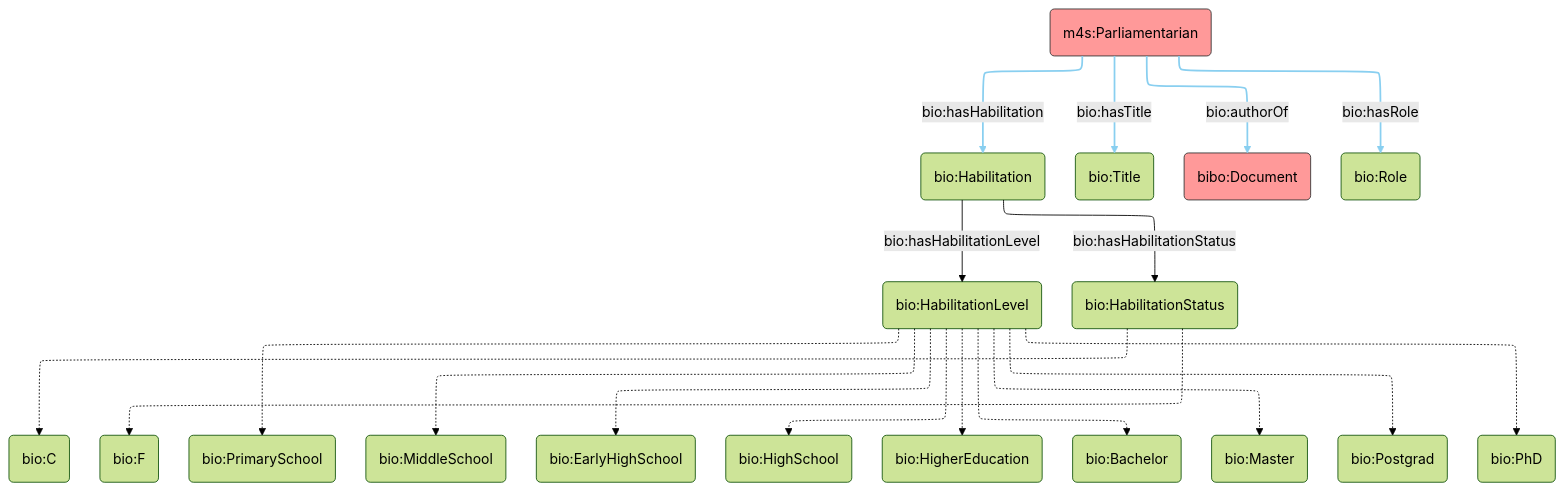
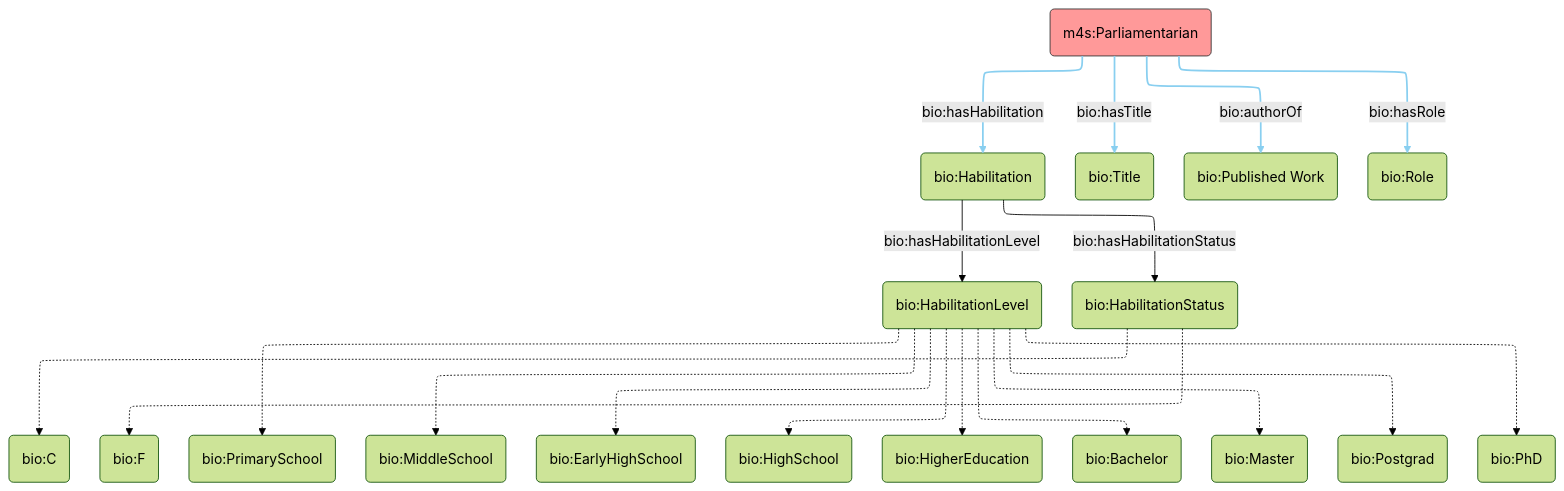
The diagram in POLIS/AR/biographic/bio.mmd (politrackpt/ontologies), drawn with Mermaid (forest theme) before and after one commit.

Commit message:
bio: update diagram to reflect addition of published work class

```diff
--- a/POLIS/AR/biographic/bio.mmd
+++ b/POLIS/AR/biographic/bio.mmd
@@ -1,28 +1,27 @@
 ---
 config:
   layout: elk
 ---
 flowchart TB
     MP(m4s:Parliamentarian) -- bio:hasHabilitation --> Edu(bio:Habilitation)
     MP -- bio:hasTitle --> Title(bio:Title)
-    MP -- bio:authorOf --> Document(bibo:Document)
+    MP -- bio:authorOf --> Document(bio:Published Work)
     MP -- bio:hasRole --> Role(bio:Role)
     Edu -- bio:hasHabilitationLevel --> Level(bio:HabilitationLevel)
     Edu -- bio:hasHabilitationStatus --> Status(bio:HabilitationStatus)
     Status -.-> bio:C("bio:C")
     Status -.-> bio:F("bio:F")
 
     Level -.-> bio:PrimarySchool("bio:PrimarySchool")
     Level -.-> bio:MiddleSchool("bio:MiddleSchool")
     Level -.-> bio:EarlyHighSchool("bio:EarlyHighSchool")
     Level -.-> bio:HighSchool("bio:HighSchool")
     Level -.-> bio:HigherEducation("bio:HigherEducation")
     Level -.-> bio:Bachelor("bio:Bachelor")
     Level -.-> bio:Master("bio:Master")
     Level -.-> bio:Postgrad("bio:Postgrad")
     Level -.-> bio:PhD("bio:PhD")
 
 
     style MP fill:#FF9999,stroke:#333,color:#000
-    style Document fill:#FF9999,stroke:#333,color:#000
     linkStyle 0,1,2,3 stroke:#89CFF0,stroke-width:2px
```
